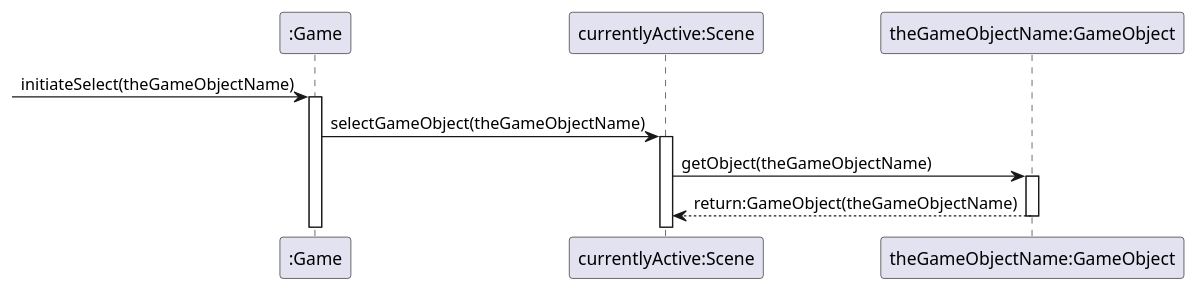
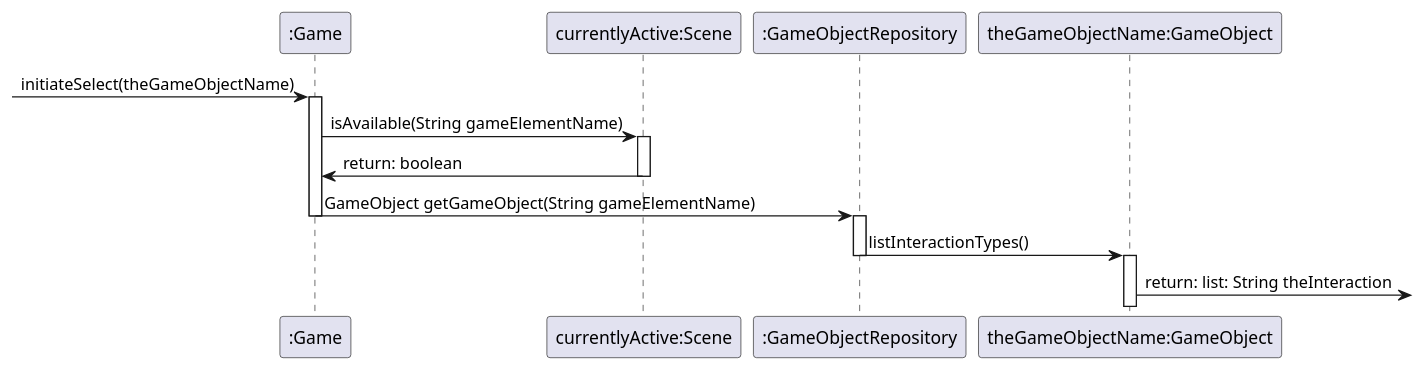
One commit to EdvinKristiansson/PA1459 changed the diagram in selectGameObject.plantuml. Above: the diagram before and after it, drawn with PlantUML. The commit also changed 4 other files, not shown here.

```diff
--- a/selectGameObject.plantuml
+++ b/selectGameObject.plantuml
@@ -1,16 +1,23 @@
 @startuml
 
 participant ":Game" as gm
 participant "currentlyActive:Scene" as sc
+participant ":GameObjectRepository" as ga
 participant "theGameObjectName:GameObject" as go
+
 
 -> gm : initiateSelect(theGameObjectName)
 activate gm
-gm -> sc :selectGameObject(theGameObjectName)
+gm -> sc :isAvailable(String gameElementName)
 activate sc
-sc -> go :getObject(theGameObjectName)
+sc -> gm : return: boolean
+deactivate sc
+gm -> ga : GameObject getGameObject(String gameElementName)
+deactivate gm
+activate ga
+ga -> go : listInteractionTypes()
+deactivate ga
 activate go
-go --> sc :return:GameObject(theGameObjectName)
-deactivate go
+go -> : return: list: String theInteraction
 
 @enduml
```
